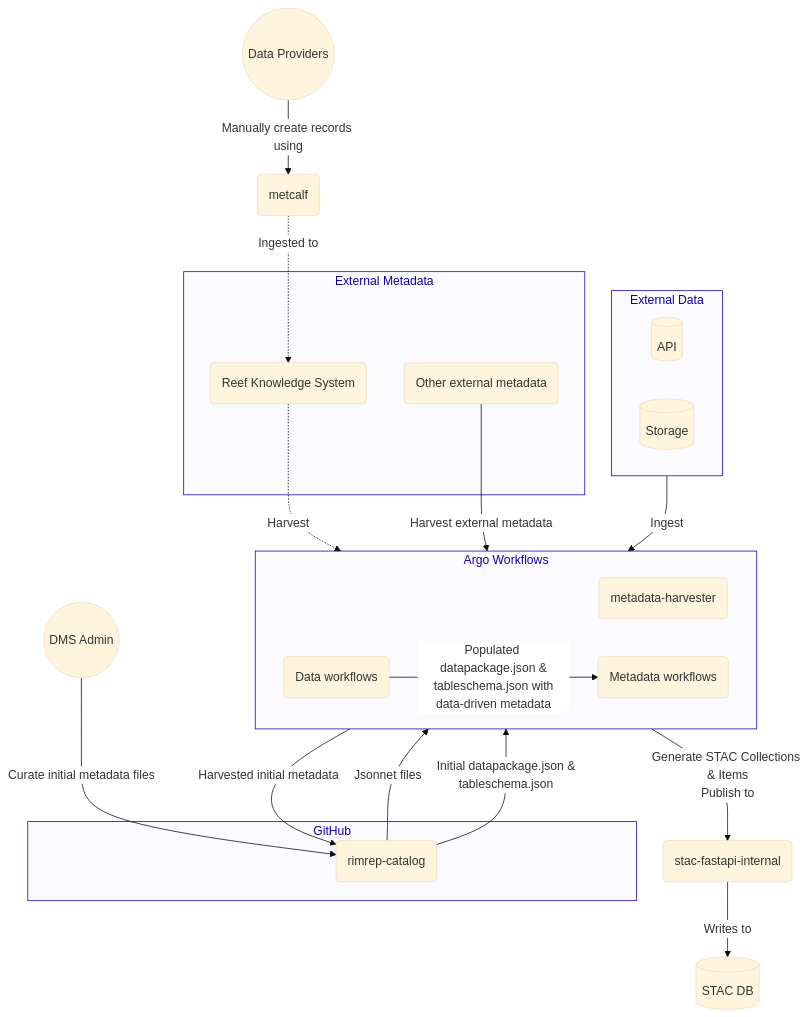
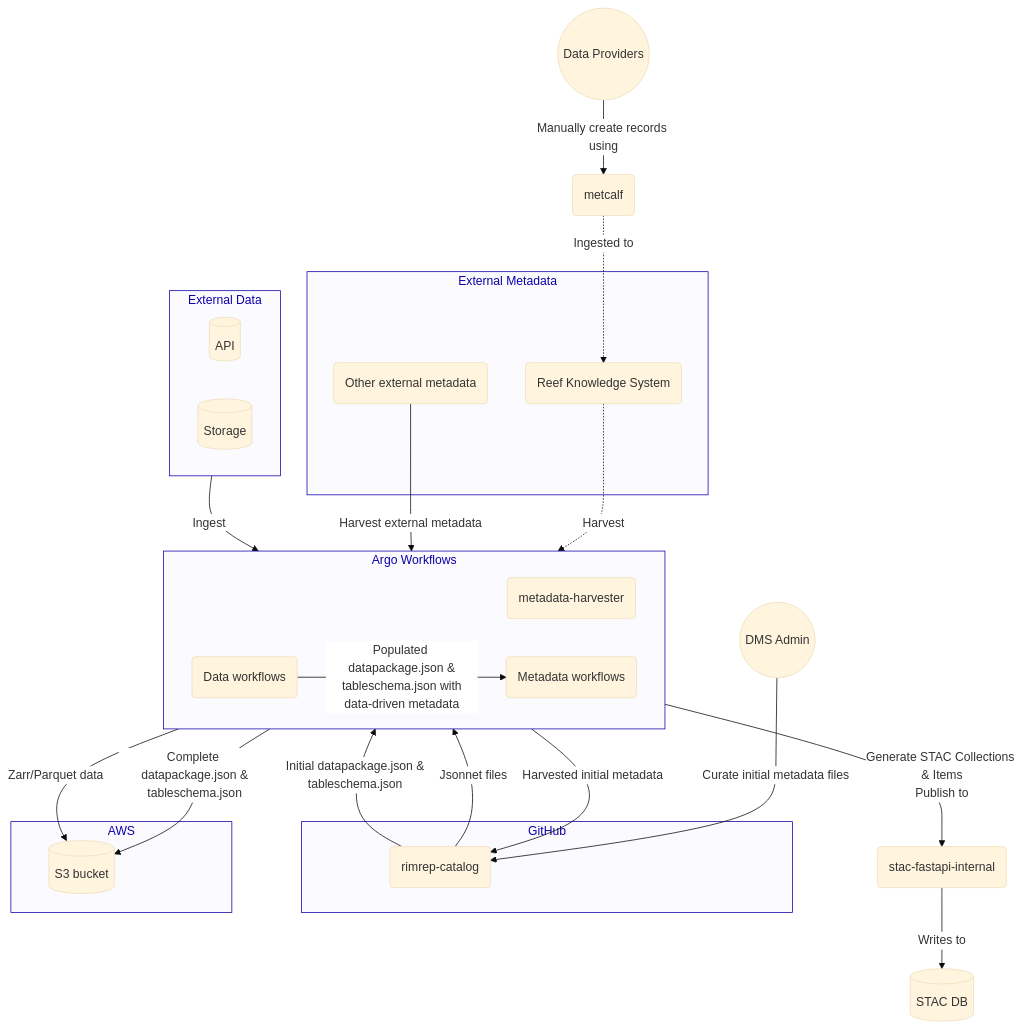
The third of 3 diagrams in docs/architecture/components/metadata-system.md (gbr-dms/rimrep-documentation), drawn with Mermaid before and after one commit.

Commit message:
Update Metadata flow diagram

````diff
--- a/docs/architecture/components/metadata-system.md
+++ b/docs/architecture/components/metadata-system.md
@@ -197,58 +197,64 @@
 ```mermaid
 %%{
   init: {
     'theme': 'base',
     'themeVariables': {
       'edgeLabelBackground': '#ffffff',
       'tertiaryTextColor': '#0f00aa',
       'clusterBkg': '#fafaff',
       'clusterBorder': '#0f00aa'
     }
   }
 }%%
 
 flowchart TB
   classDef red fill:#ffcccc,stroke:#ff0000;
 
   subgraph github["GitHub"]
     catalog(rimrep-catalog)
   end
 
   subgraph group_external_metadata["External Metadata"]
     rks(Reef Knowledge System)
     external_metadata(Other external metadata)
   end
 
   subgraph group_external_data["External Data"]
     external_data_api[(API)]
     external_data_storage[(Storage)]
   end
 
   subgraph pipeline["Argo Workflows"]
     direction LR
     metadata_harvester(metadata-harvester)
     metadata_workflow(Metadata workflows)
     data_workflow(Data workflows)
     data_workflow --> |"Populated datapackage.json &<br>tableschema.json with<br>data-driven metadata"|metadata_workflow
   end
 
+  subgraph AWS["AWS"]
+    s3[(S3 bucket)]
+  end
+
   metadata_providers((Data Providers))
   metcalf(metcalf)
   rimrep_admin((DMS Admin))
   stac_db[(STAC DB)]
   stac_fastapi_internal(stac-fastapi-internal)
 
-  github ~~~ pipeline
+  group_external_data ~~~ pipeline
 
   metadata_providers -->|Manually create records using| metcalf
   metcalf  -. Ingested to .-> rks
   rks -. Harvest .-> metadata_harvester
   external_metadata --> |Harvest external metadata| metadata_harvester
   metadata_harvester --> |Harvested initial metadata|catalog
   group_external_data -->|Ingest| data_workflow
   rimrep_admin -->|"Curate initial metadata files"| catalog
   catalog --> |Jsonnet files| metadata_workflow
   catalog --> |"Initial datapackage.json &<br> tableschema.json"| data_workflow
   metadata_workflow -->  |"Generate STAC Collections & Items<br>Publish to"|stac_fastapi_internal
   stac_fastapi_internal --> |Writes to| stac_db
+  data_workflow --> |"Complete datapackage.json &<br>tableschema.json"|s3
+  data_workflow --> |"Zarr/Parquet data"|s3
 ```
````
